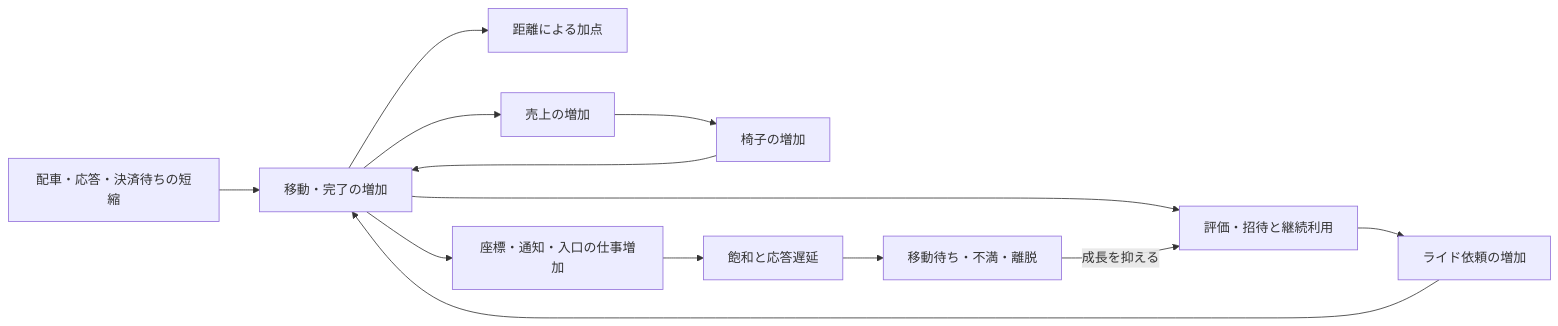
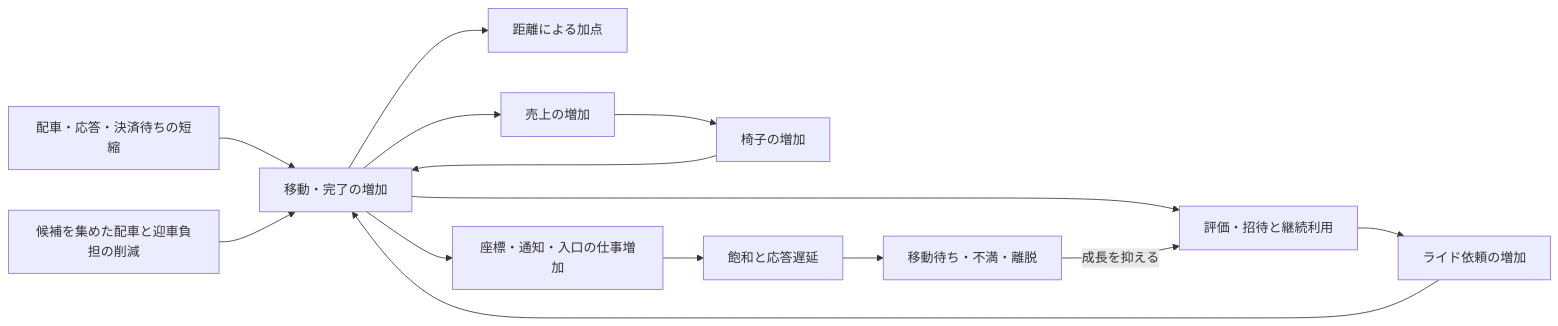
One commit to EkeMinusYou/isucon14-02 changed the diagram in docs/analysis/benchmark-score-structure.md. Above: the diagram before and after it, drawn with Mermaid. The commit also changed other lines of this file, not shown here.

````diff
--- a/docs/analysis/benchmark-score-structure.md
+++ b/docs/analysis/benchmark-score-structure.md
@@ -118,15 +153,16 @@
 ```mermaid
 flowchart LR
     A["配車・応答・決済待ちの短縮"] --> B["移動・完了の増加"]
+    K["候補を集めた配車と迎車負担の削減"] --> B
     B --> C["距離による加点"]
     B --> D["売上の増加"]
     D --> E["椅子の増加"]
     E --> B
     B --> F["評価・招待と継続利用"]
     F --> G["ライド依頼の増加"]
     G --> B
     B --> H["座標・通知・入口の仕事増加"]
     H --> I["飽和と応答遅延"]
     I --> J["移動待ち・不満・離脱"]
     J -->|成長を抑える| F
 ```
````
